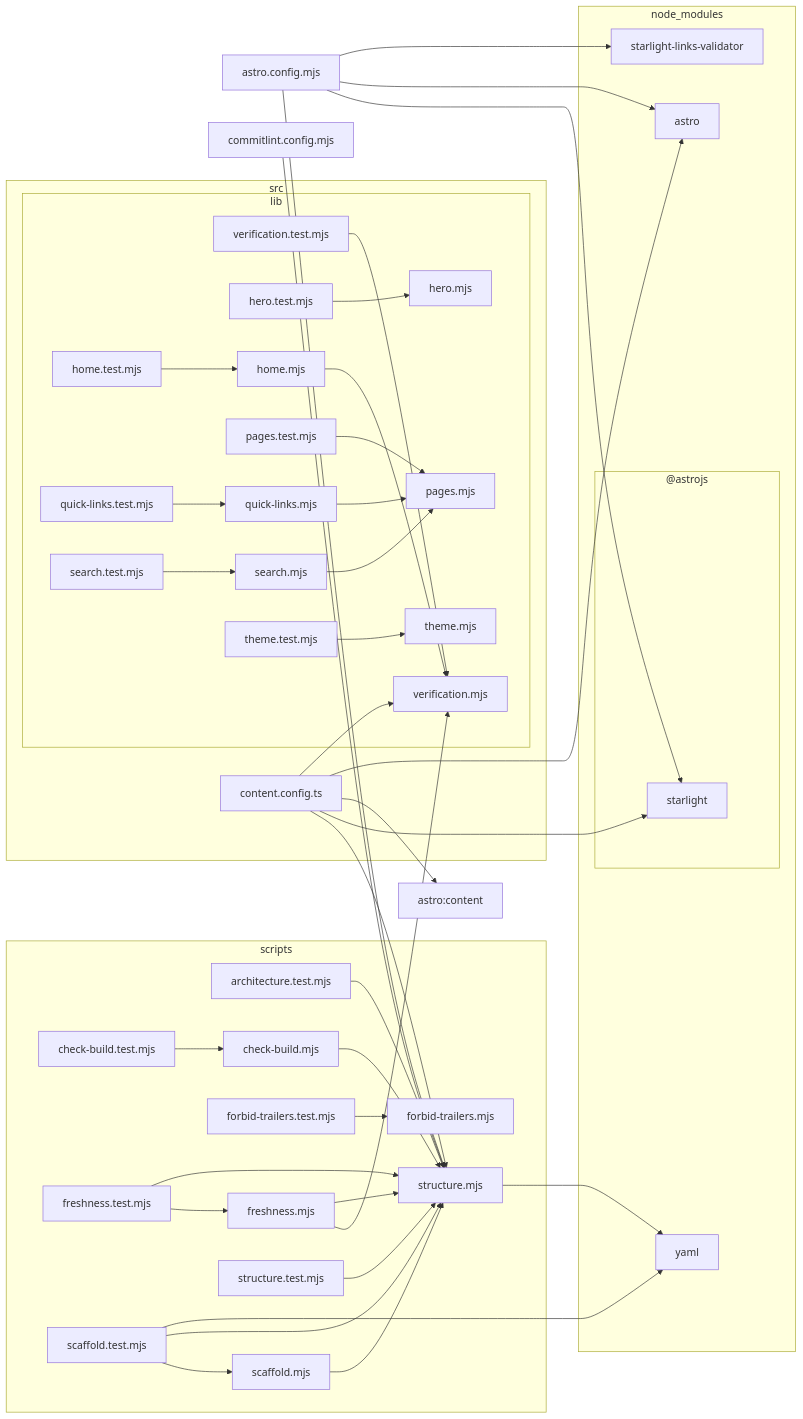
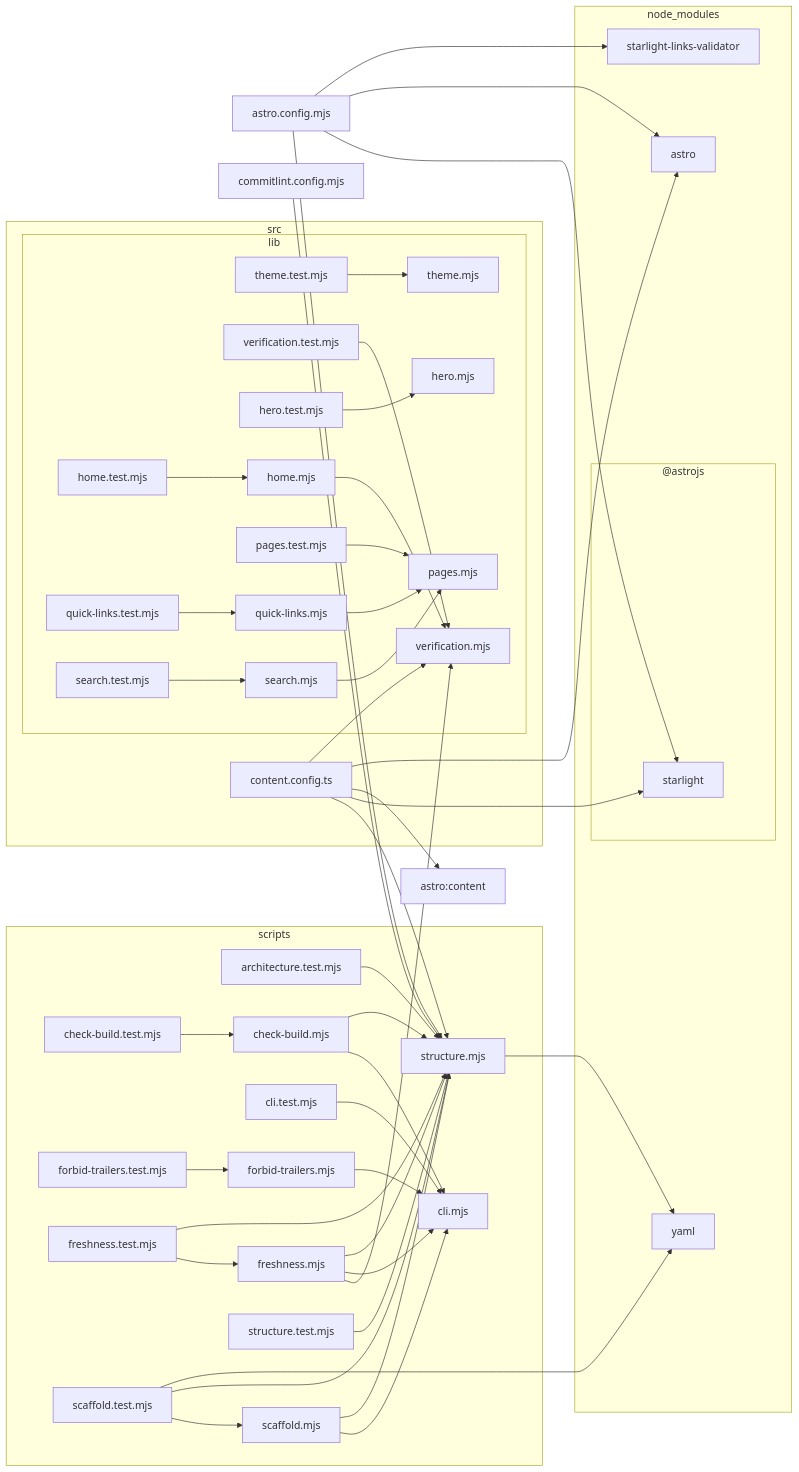
Before and after one commit to FilipTw/claude-craft: the diagram in docs/architecture.mmd, drawn with Mermaid. The commit also changed 10 other files, not shown here.

```diff
--- a/docs/architecture.mmd
+++ b/docs/architecture.mmd
@@ -1,79 +1,86 @@
 flowchart LR
 
 0["astro.config.mjs"]
 1["astro:content"]
 2["commitlint.config.mjs"]
 subgraph 3["node_modules"]
 subgraph 4["@astrojs"]
 5["starlight"]
 end
 6["astro"]
 7["starlight-links-validator"]
 8["yaml"]
 end
 subgraph 9["scripts"]
 A["architecture.test.mjs"]
 B["check-build.mjs"]
 C["check-build.test.mjs"]
-D["forbid-trailers.mjs"]
-E["forbid-trailers.test.mjs"]
-F["freshness.mjs"]
-G["freshness.test.mjs"]
-H["scaffold.mjs"]
-I["scaffold.test.mjs"]
-J["structure.mjs"]
-K["structure.test.mjs"]
+D["cli.mjs"]
+E["cli.test.mjs"]
+F["forbid-trailers.mjs"]
+G["forbid-trailers.test.mjs"]
+H["freshness.mjs"]
+I["freshness.test.mjs"]
+J["scaffold.mjs"]
+K["scaffold.test.mjs"]
+L["structure.mjs"]
+M["structure.test.mjs"]
 end
-subgraph L["src"]
-M["content.config.ts"]
-subgraph N["lib"]
-O["hero.mjs"]
-P["hero.test.mjs"]
-Q["home.mjs"]
-R["home.test.mjs"]
-S["pages.mjs"]
-T["pages.test.mjs"]
-U["quick-links.mjs"]
-V["quick-links.test.mjs"]
-W["search.mjs"]
-X["search.test.mjs"]
-Y["theme.mjs"]
-Z["theme.test.mjs"]
-10["verification.mjs"]
-11["verification.test.mjs"]
+subgraph N["src"]
+O["content.config.ts"]
+subgraph P["lib"]
+Q["hero.mjs"]
+R["hero.test.mjs"]
+S["home.mjs"]
+T["home.test.mjs"]
+U["pages.mjs"]
+V["pages.test.mjs"]
+W["quick-links.mjs"]
+X["quick-links.test.mjs"]
+Y["search.mjs"]
+Z["search.test.mjs"]
+10["theme.mjs"]
+11["theme.test.mjs"]
+12["verification.mjs"]
+13["verification.test.mjs"]
 end
 end
-0-->J
+0-->L
 0-->5
 0-->6
 0-->7
-2-->J
-A-->J
-B-->J
+2-->L
+A-->L
+B-->D
+B-->L
 C-->B
 E-->D
-F-->10
-F-->J
+F-->D
 G-->F
-G-->J
-H-->J
+H-->12
+H-->D
+H-->L
 I-->H
-I-->J
-I-->8
-J-->8
+I-->L
+J-->D
+J-->L
 K-->J
-M-->J
-M-->10
-M-->5
-M-->1
-M-->6
-P-->O
-Q-->10
+K-->L
+K-->8
+L-->8
+M-->L
+O-->L
+O-->12
+O-->5
+O-->1
+O-->6
 R-->Q
+S-->12
 T-->S
-U-->S
 V-->U
-W-->S
+W-->U
 X-->W
+Y-->U
 Z-->Y
 11-->10
+13-->12
```
